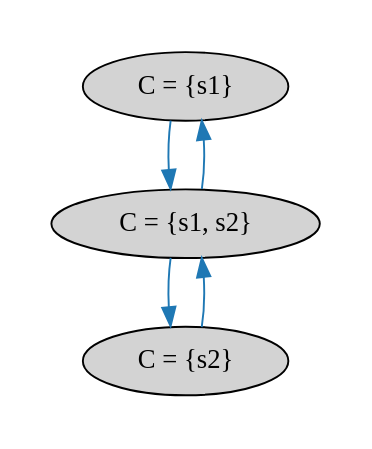
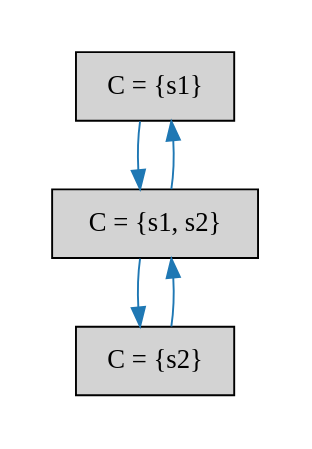
The diagram in notes/raft_reconfig_bug/quorums_n2.dot (will62794/logless-reconfig), drawn with Graphviz before and after one commit. The commit also changed 15 other files, not shown here.

Commit message:
updated diagrams

```diff
--- a/notes/raft_reconfig_bug/quorums_n2.dot
+++ b/notes/raft_reconfig_bug/quorums_n2.dot
@@ -1,15 +1,16 @@
 strict digraph DiskGraph {
+node [shape=box,style=rounded]
 edge [colorscheme="paired12"]
 nodesep=0.35;
 subgraph cluster_graph {
 color="white";
-7424936044790554196 [label="C = {s1}",style = filled]
-6224692438980243147 [label="C = {s2}",style = filled]
--4418220350573957946 [label="C = {s1, s2}",style = filled]
-7424936044790554196 -> -4418220350573957946 [label="",color="2",fontcolor="2"];
-6224692438980243147 -> -4418220350573957946 [label="",color="2",fontcolor="2"];
--4418220350573957946 -> 6224692438980243147 [label="",color="2",fontcolor="2"];
--4418220350573957946 -> 7424936044790554196 [label="",color="2",fontcolor="2"];
+2945801236479726234 [label="C = {s1}",style = filled]
+-1460217944710348281 [label="C = {s2}",style = filled]
+5784854286450229177 [label="C = {s1, s2}",style = filled]
+2945801236479726234 -> 5784854286450229177 [label="",color="2",fontcolor="2"];
+-1460217944710348281 -> 5784854286450229177 [label="",color="2",fontcolor="2"];
+5784854286450229177 -> -1460217944710348281 [label="",color="2",fontcolor="2"];
+5784854286450229177 -> 2945801236479726234 [label="",color="2",fontcolor="2"];
 
 }
 }
```
